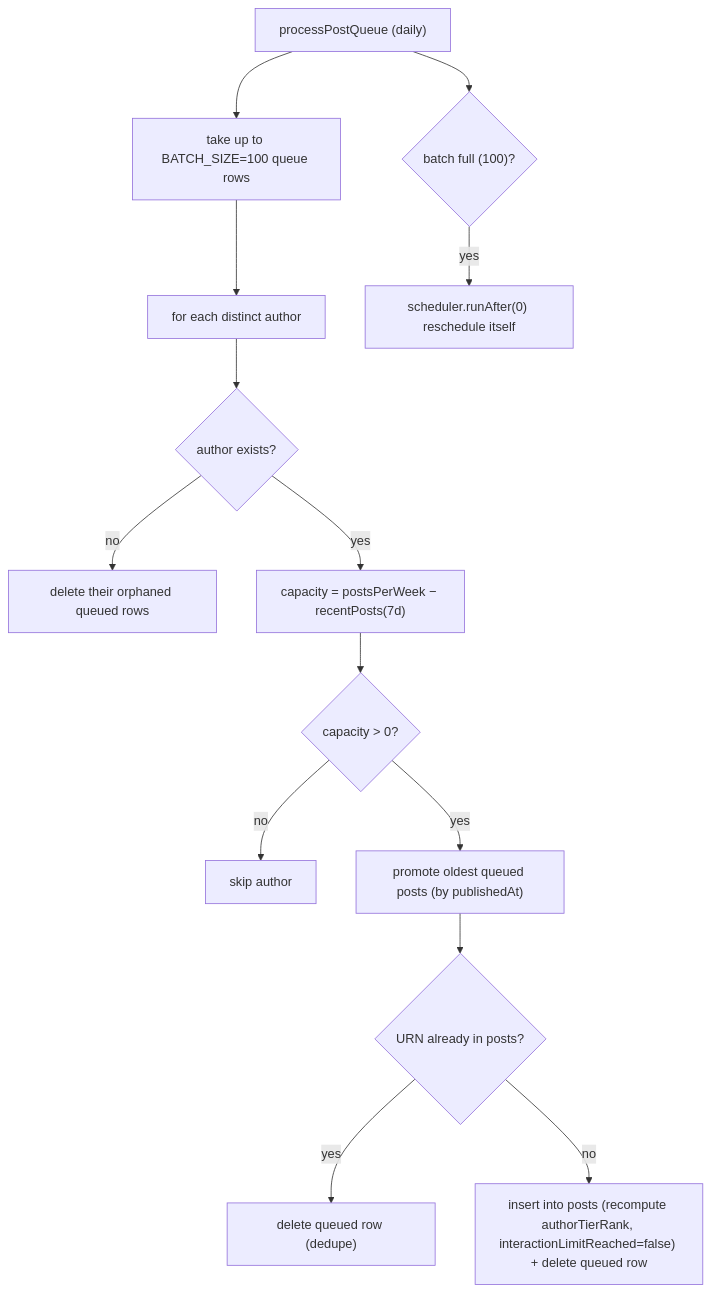
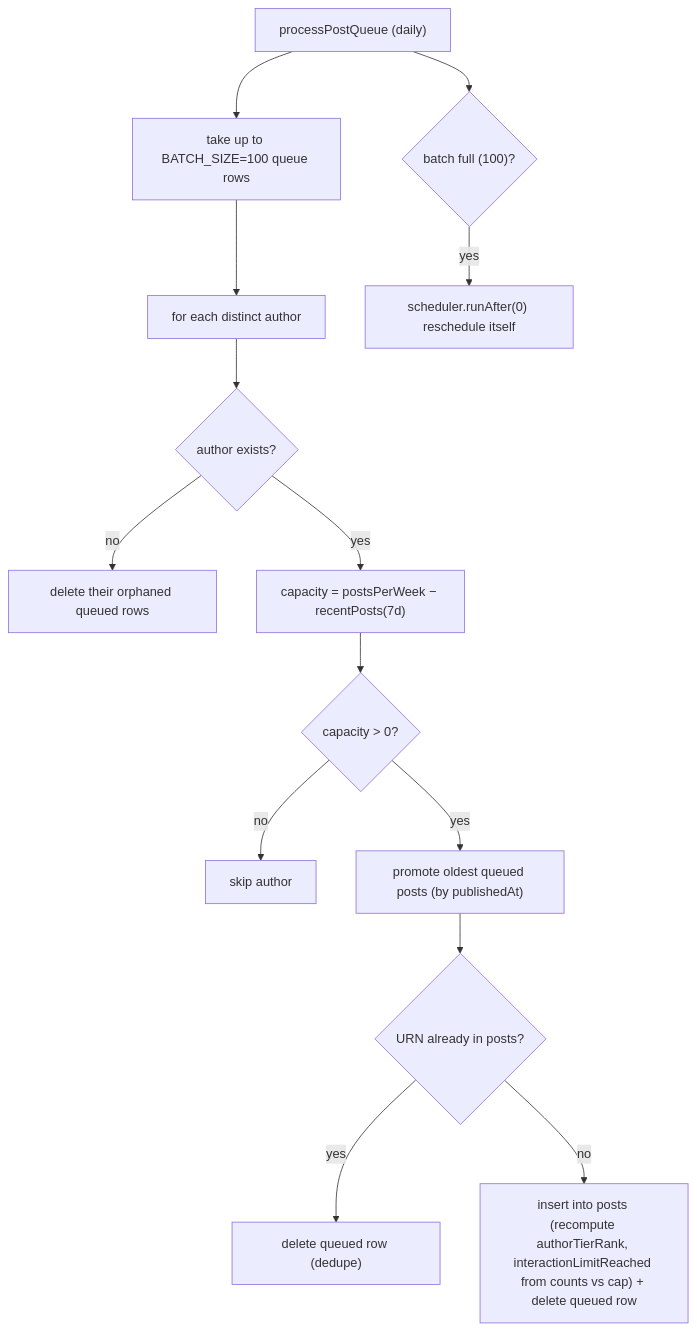
The ninth of 22 diagrams in docs/PLATFORM.md (henriko202/glowing-octo-guide), drawn with Mermaid before and after one commit. The commit also changed other lines of this file and 48 other files, not shown here.

````diff
--- a/docs/PLATFORM.md
+++ b/docs/PLATFORM.md
@@ -1313,16 +1329,16 @@
 ```mermaid
 flowchart TD
     PQ["processPostQueue (daily)"] --> B["take up to BATCH_SIZE=100 queue rows"]
     B --> AUTH["for each distinct author"]
     AUTH --> EX{"author exists?"}
     EX -->|no| PURGE["delete their orphaned queued rows"]
     EX -->|yes| CAP["capacity = postsPerWeek − recentPosts(7d)"]
     CAP --> C0{"capacity > 0?"}
     C0 -->|no| NEXT["skip author"]
     C0 -->|yes| PROMO["promote oldest queued posts (by publishedAt)"]
     PROMO --> DUP{"URN already in posts?"}
     DUP -->|yes| DEL["delete queued row (dedupe)"]
-    DUP -->|no| INS["insert into posts (recompute authorTierRank, interactionLimitReached=false) + delete queued row"]
+    DUP -->|no| INS["insert into posts (recompute authorTierRank, interactionLimitReached from counts vs cap) + delete queued row"]
     PQ --> RES{"batch full (100)?"}
     RES -->|yes| RE["scheduler.runAfter(0) reschedule itself"]
 ```
````
